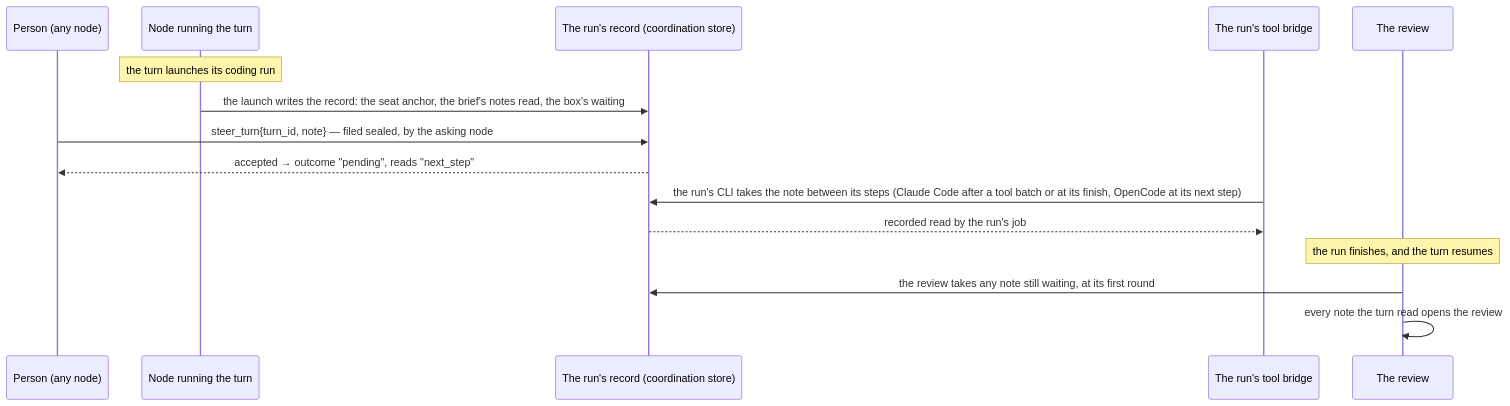
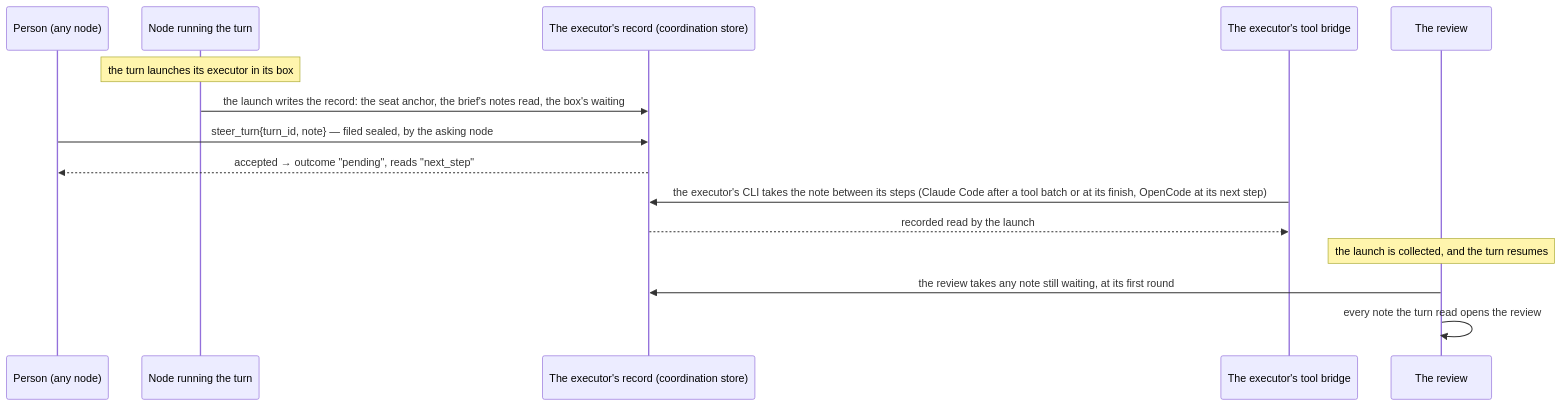
The second of 2 diagrams in docs/concepts/turn-engine.md (crewlet/crewlet), drawn with Mermaid before and after one commit. The commit also changed other lines of this file and 477 other files, not shown here.

````diff
--- a/docs/concepts/turn-engine.md
+++ b/docs/concepts/turn-engine.md
@@ -774,17 +774,17 @@
 ```mermaid
 sequenceDiagram
     participant P as Person (any node)
     participant N as Node running the turn
-    participant C as The run's record (coordination store)
-    participant B as The run's tool bridge
+    participant C as The executor's record (coordination store)
+    participant B as The executor's tool bridge
     participant R as The review
-    Note over N: the turn launches its coding run
+    Note over N: the turn launches its executor in its box
     N->>C: the launch writes the record: the seat anchor, the brief's notes read, the box's waiting
     P->>C: steer_turn{turn_id, note} — filed sealed, by the asking node
     C-->>P: accepted → outcome "pending", reads "next_step"
-    B->>C: the run's CLI takes the note between its steps (Claude Code after a tool batch or at its finish, OpenCode at its next step)
-    C-->>B: recorded read by the run's job
-    Note over R: the run finishes, and the turn resumes
+    B->>C: the executor's CLI takes the note between its steps (Claude Code after a tool batch or at its finish, OpenCode at its next step)
+    C-->>B: recorded read by the launch
+    Note over R: the launch is collected, and the turn resumes
     R->>C: the review takes any note still waiting, at its first round
     R->>R: every note the turn read opens the review
 ```
````
